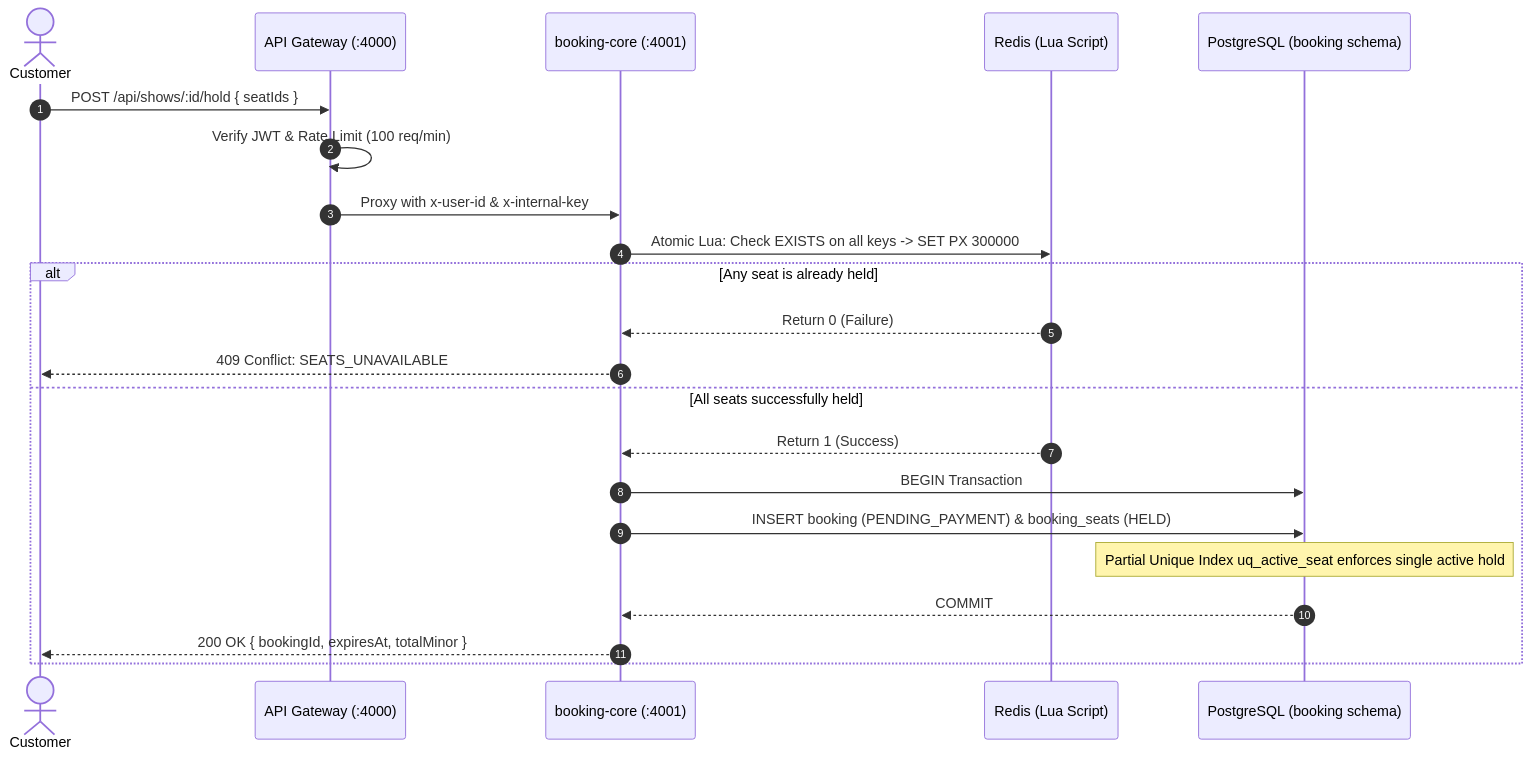
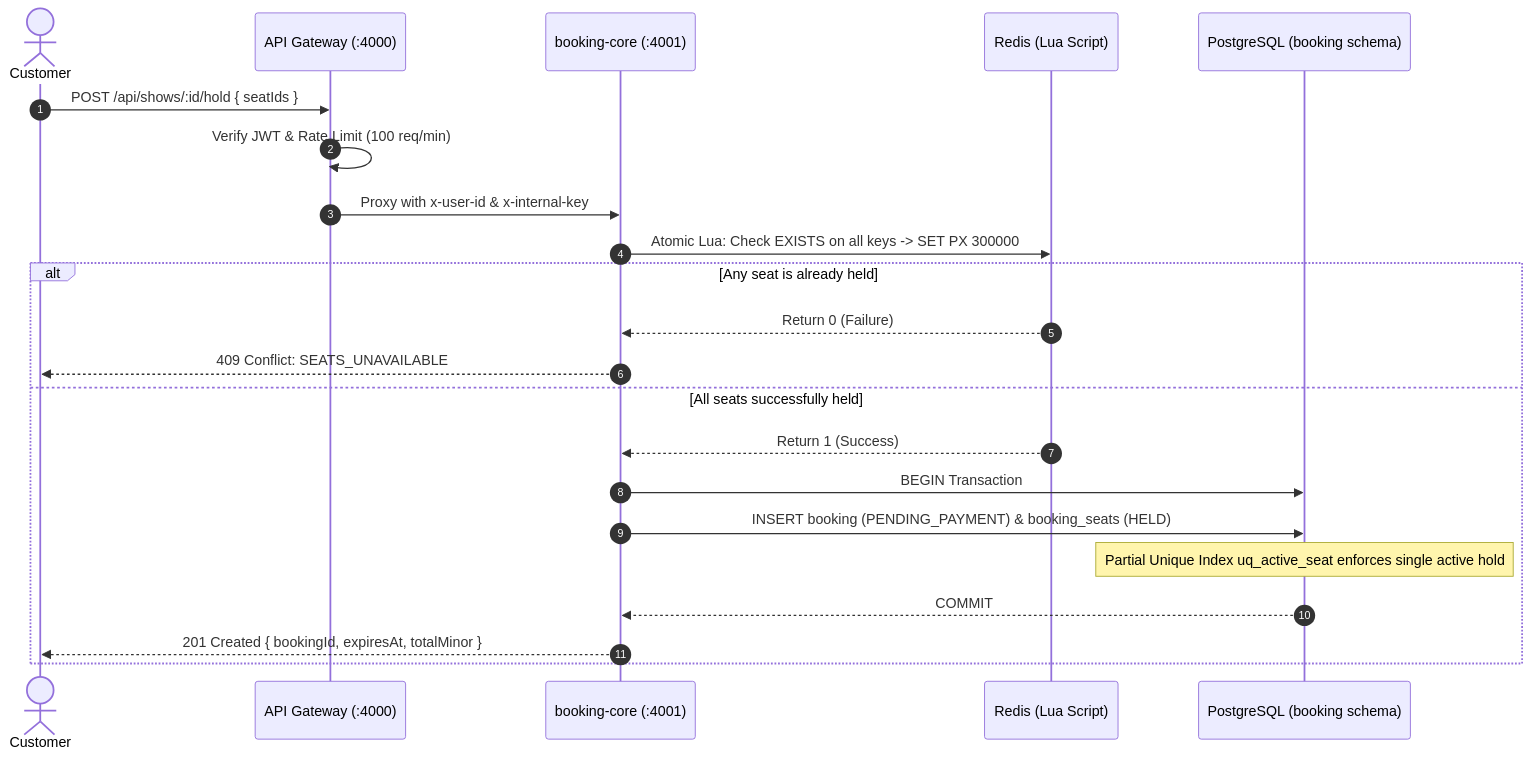
The second of 3 diagrams in README.md (PrakharJain345/Seat-Snap), drawn with Mermaid before and after one commit. The commit also changed other lines of this file and 2 other files, not shown here.

Commit message:
feat(phase-7): autocannon load test, architectural diagrams, performance benchmarks, and decisions log

````diff
--- a/README.md
+++ b/README.md
@@ -55,25 +64,25 @@
 ```mermaid
 sequenceDiagram
     autonumber
     actor Customer as Customer
     participant Gateway as API Gateway (:4000)
     participant Booking as booking-core (:4001)
     participant Redis as Redis (Lua Script)
     participant Postgres as PostgreSQL (booking schema)
 
     Customer->>Gateway: POST /api/shows/:id/hold { seatIds }
     Gateway->>Gateway: Verify JWT & Rate Limit (100 req/min)
     Gateway->>Booking: Proxy with x-user-id & x-internal-key
     Booking->>Redis: Atomic Lua: Check EXISTS on all keys -> SET PX 300000
     alt Any seat is already held
         Redis-->>Booking: Return 0 (Failure)
         Booking-->>Customer: 409 Conflict: SEATS_UNAVAILABLE
     else All seats successfully held
         Redis-->>Booking: Return 1 (Success)
         Booking->>Postgres: BEGIN Transaction
         Booking->>Postgres: INSERT booking (PENDING_PAYMENT) & booking_seats (HELD)
         Note over Postgres: Partial Unique Index uq_active_seat enforces single active hold
         Postgres-->>Booking: COMMIT
-        Booking-->>Customer: 200 OK { bookingId, expiresAt, totalMinor }
+        Booking-->>Customer: 201 Created { bookingId, expiresAt, totalMinor }
     end
 ```
````
